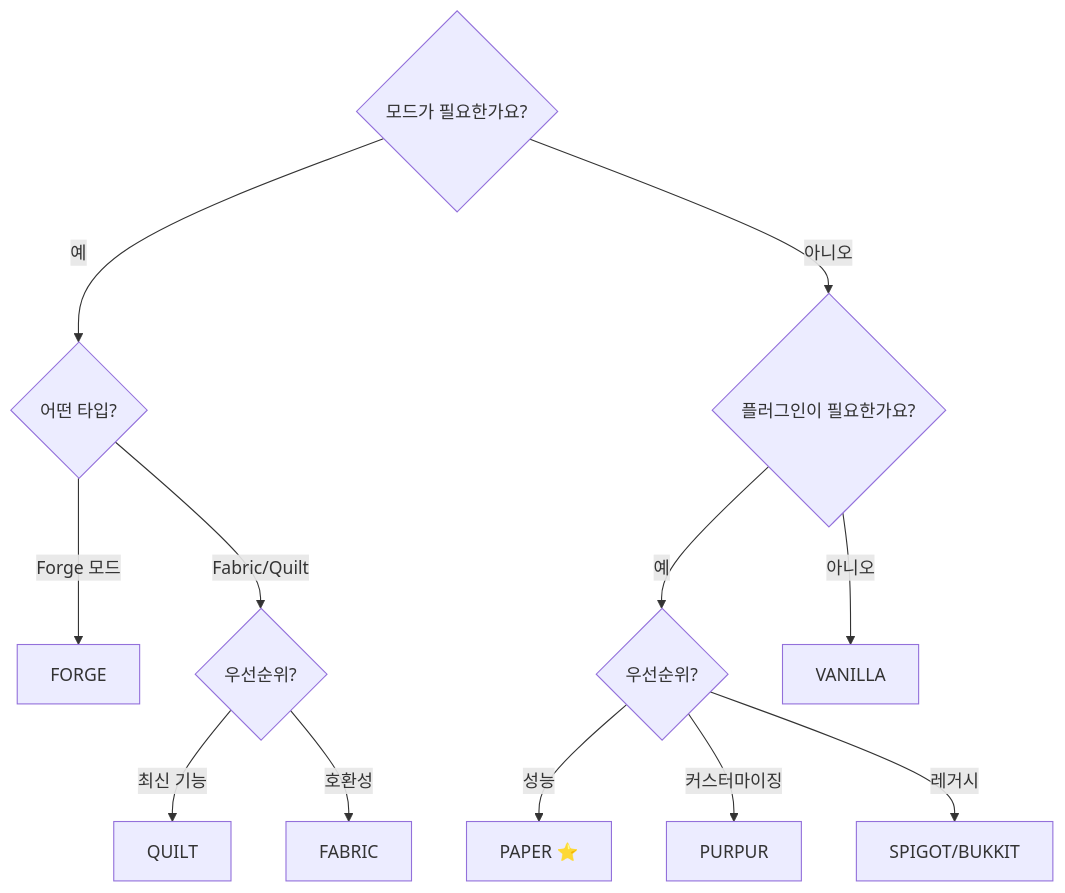
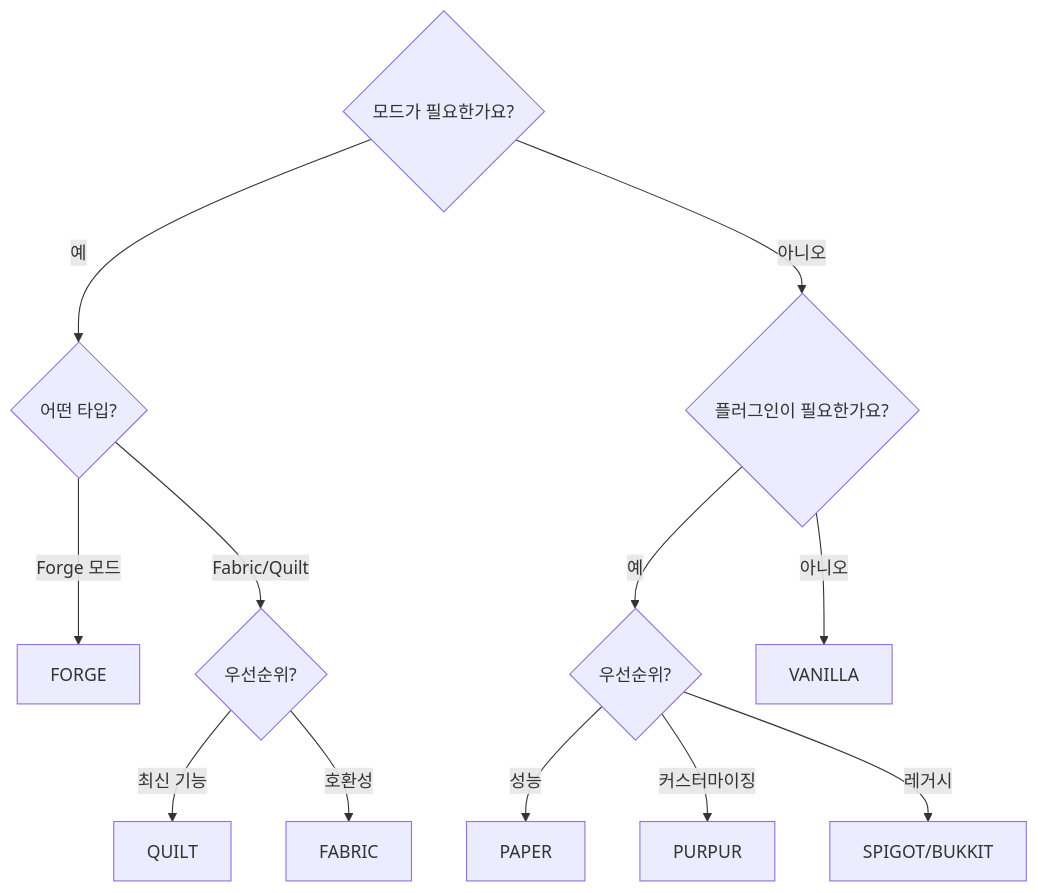
One commit to smallmiro/minecraft-server-manager changed the diagram in docs/configuration/server-types.ko.md. Above: the diagram before and after it, drawn with Mermaid. The commit also changed other lines of this file and 17 other files, not shown here.

````diff
--- a/docs/configuration/server-types.ko.md
+++ b/docs/configuration/server-types.ko.md
@@ -314,17 +349,17 @@
 ```mermaid
 flowchart TD
     A{모드가 필요한가요?} -->|예| B{어떤 타입?}
     A -->|아니오| C{플러그인이 필요한가요?}
 
     B -->|Forge 모드| D[FORGE]
     B -->|Fabric/Quilt| E{우선순위?}
     E -->|최신 기능| F[QUILT]
     E -->|호환성| G[FABRIC]
 
     C -->|예| H{우선순위?}
     C -->|아니오| I[VANILLA]
 
-    H -->|성능| J[PAPER ⭐]
+    H -->|성능| J[PAPER]
     H -->|커스터마이징| K[PURPUR]
     H -->|레거시| L[SPIGOT/BUKKIT]
 ```
````
